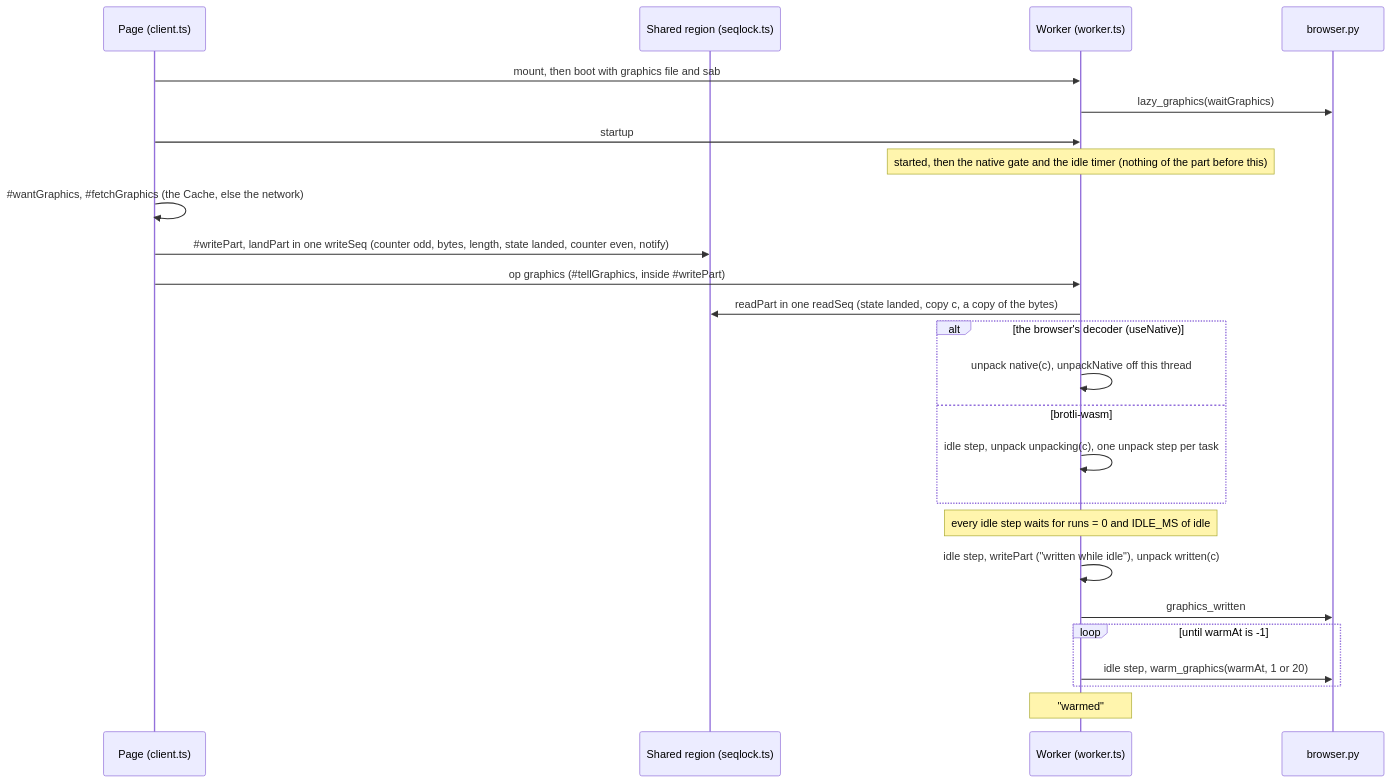
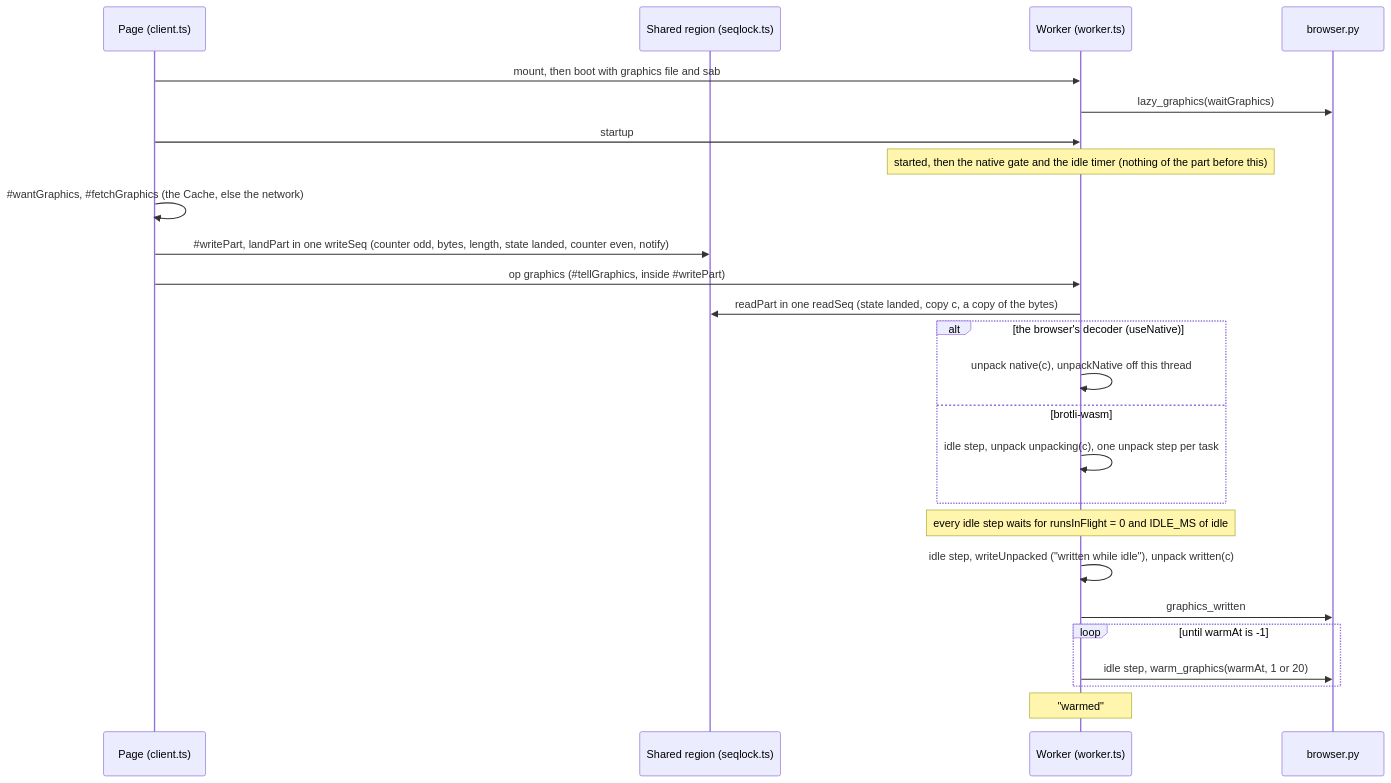
The first of 6 diagrams in docs/design/lazy-graphics.md (jeffzyliu/dofile), drawn with Mermaid before and after one commit. The commit also changed other lines of this file and 1 other file, not shown here.

````diff
--- a/docs/design/lazy-graphics.md
+++ b/docs/design/lazy-graphics.md
@@ -90,27 +90,27 @@
 ```mermaid
 sequenceDiagram
     participant P as Page (client.ts)
     participant B as Shared region (seqlock.ts)
     participant W as Worker (worker.ts)
     participant Y as browser.py
     P->>W: mount, then boot with graphics file and sab
     W->>Y: lazy_graphics(waitGraphics)
     P->>W: startup
     Note over W: started, then the native gate and the idle timer (nothing of the part before this)
     P->>P: #35;wantGraphics, #35;fetchGraphics (the Cache, else the network)
     P->>B: #35;writePart, landPart in one writeSeq (counter odd, bytes, length, state landed, counter even, notify)
     P->>W: op graphics (#35;tellGraphics, inside #35;writePart)
     W->>B: readPart in one readSeq (state landed, copy c, a copy of the bytes)
     alt the browser's decoder (useNative)
         W->>W: unpack native(c), unpackNative off this thread
     else brotli-wasm
         W->>W: idle step, unpack unpacking(c), one unpack step per task
     end
-    Note over W: every idle step waits for runs = 0 and IDLE_MS of idle
-    W->>W: idle step, writePart ("written while idle"), unpack written(c)
+    Note over W: every idle step waits for runsInFlight = 0 and IDLE_MS of idle
+    W->>W: idle step, writeUnpacked ("written while idle"), unpack written(c)
     W->>Y: graphics_written
     loop until warmAt is -1
         W->>Y: idle step, warm_graphics(warmAt, 1 or 20)
     end
     Note over W: "warmed"
 ```
````
